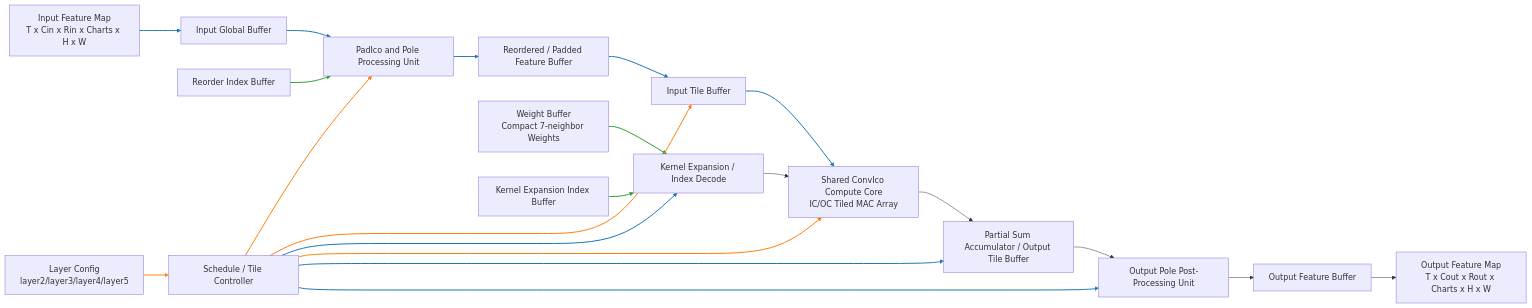
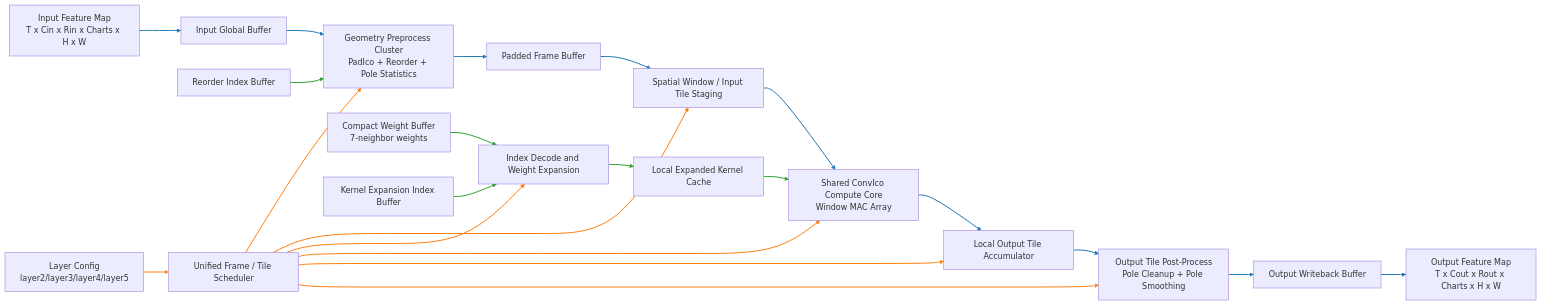
The first of 3 diagrams in hls_src/layer2-5硬件优化与策略跟踪.md (Iamcmm11/icocnn), drawn with Mermaid before and after one commit. The commit also changed other lines of this file and 3 other files, not shown here.

````diff
--- a/hls_src/layer2-5硬件优化与策略跟踪.md
+++ b/hls_src/layer2-5硬件优化与策略跟踪.md
@@ -438,31 +505,32 @@
 ```mermaid
 flowchart LR
     A[Input Feature Map\nT x Cin x Rin x Charts x H x W] --> B[Input Global Buffer]
-    B --> C[PadIco and Pole Processing Unit]
-    C --> D[Reordered / Padded Feature Buffer]
-    D --> E[Input Tile Buffer]
+    B --> C[Geometry Preprocess Cluster\nPadIco + Reorder + Pole Statistics]
+    C --> D[Padded Frame Buffer]
+    D --> E[Spatial Window / Input Tile Staging]
 
-    F[Weight Buffer\nCompact 7-neighbor Weights] --> G[Kernel Expansion / Index Decode]
-    H[Kernel Expansion Index Buffer] --> G
-    I[Reorder Index Buffer] --> C
-    J[Layer Config\nlayer2/layer3/layer4/layer5] --> K[Schedule / Tile Controller]
+    F[Compact Weight Buffer\n7-neighbor weights] --> K[Index Decode and Weight Expansion]
+    G[Kernel Expansion Index Buffer] --> K
+    H[Reorder Index Buffer] --> C
+    I[Layer Config\nlayer2/layer3/layer4/layer5] --> J[Unified Frame / Tile Scheduler]
 
-    K --> C
-    K --> E
-    K --> G
-    K --> L
-    K --> M
-    K --> N
+    J --> C
+    J --> E
+    J --> K
+    J --> M
+    J --> N
+    J --> O
 
-    E --> L[Shared ConvIco Compute Core\nIC/OC Tiled MAC Array]
-    G --> L
+    K --> L[Local Expanded Kernel Cache]
+    E --> M[Shared ConvIco Compute Core\nWindow MAC Array]
+    L --> M
 
-    L --> M[Partial Sum Accumulator / Output Tile Buffer]
-    M --> N[Output Pole Post-Processing Unit]
-    N --> O[Output Feature Buffer]
-    O --> P[Output Feature Map\nT x Cout x Rout x Charts x H x W]
+    M --> N[Local Output Tile Accumulator]
+    N --> O[Output Tile Post-Process\nPole Cleanup + Pole Smoothing]
+    O --> P[Output Writeback Buffer]
+    P --> Q[Output Feature Map\nT x Cout x Rout x Charts x H x W]
 
-    linkStyle 0,1,2,3,10,12,13,14 stroke:#1f77b4,stroke-width:2px;
-    linkStyle 4,5,6 stroke:#2ca02c,stroke-width:2px;
-    linkStyle 7,8,9,11 stroke:#ff7f0e,stroke-width:2px;
+    linkStyle 0,1,2,3,15,17,18,19,20 stroke:#1f77b4,stroke-width:2px;
+    linkStyle 4,5,6,14,16 stroke:#2ca02c,stroke-width:2px;
+    linkStyle 7,8,9,10,11,12,13 stroke:#ff7f0e,stroke-width:2px;
 ```
````
